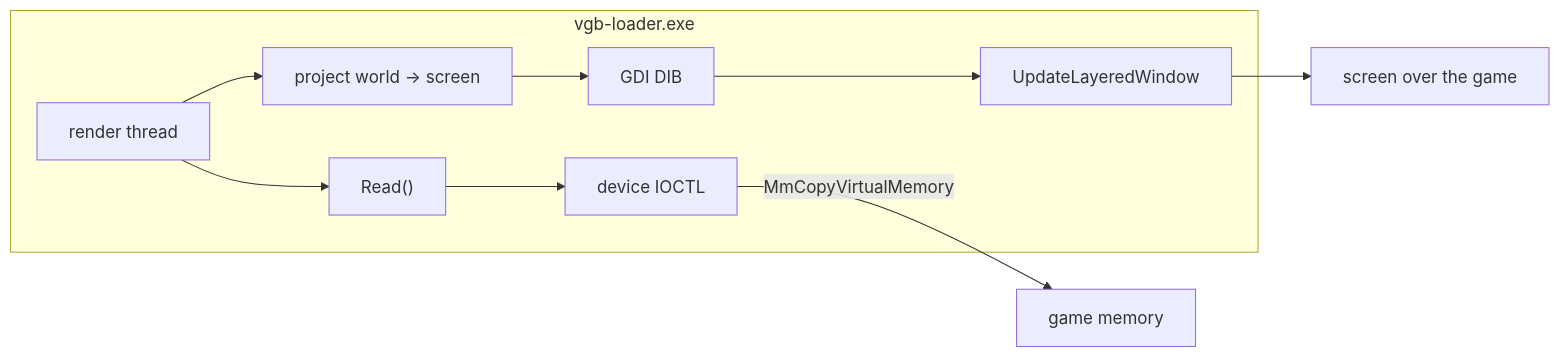
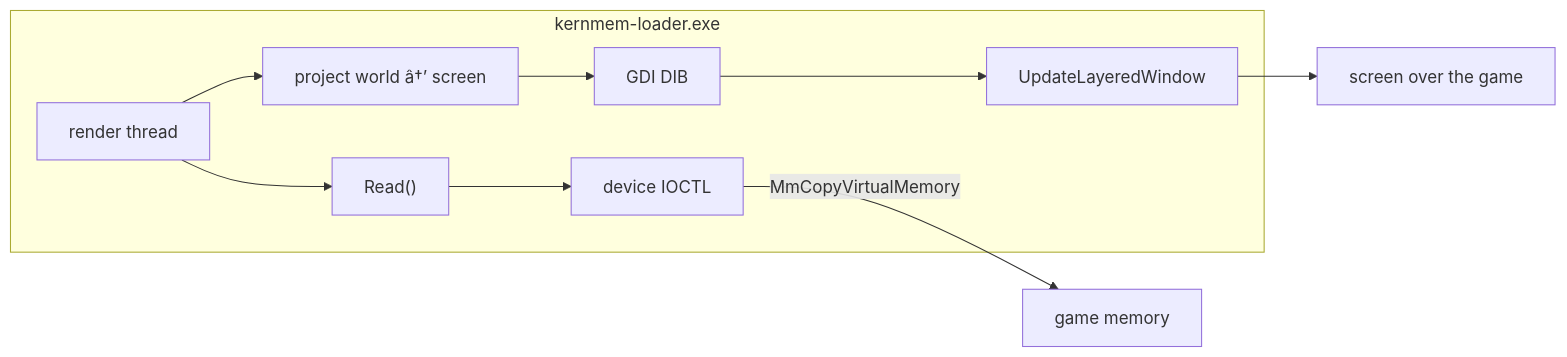
The diagram in league/docs/overlay.md (0xMALVEE/kernmem), drawn with Mermaid before and after one commit. The commit also changed other lines of this file and 919 other files, not shown here.

````diff
--- a/league/docs/overlay.md
+++ b/league/docs/overlay.md
@@ -25,12 +25,12 @@
 ```mermaid
 flowchart LR
-    subgraph LOADER["vgb-loader.exe"]
+    subgraph LOADER["kernmem-loader.exe"]
         T["render thread"] --> R["Read()"]
         R --> D["device IOCTL"]
-        T --> P["project world → screen"]
+        T --> P["project world â†’ screen"]
         P --> G["GDI DIB"]
         G --> W["UpdateLayeredWindow"]
     end
     D -->|"MmCopyVirtualMemory"| GAME["game memory"]
     W --> SCREEN["screen over the game"]
 ```
````
